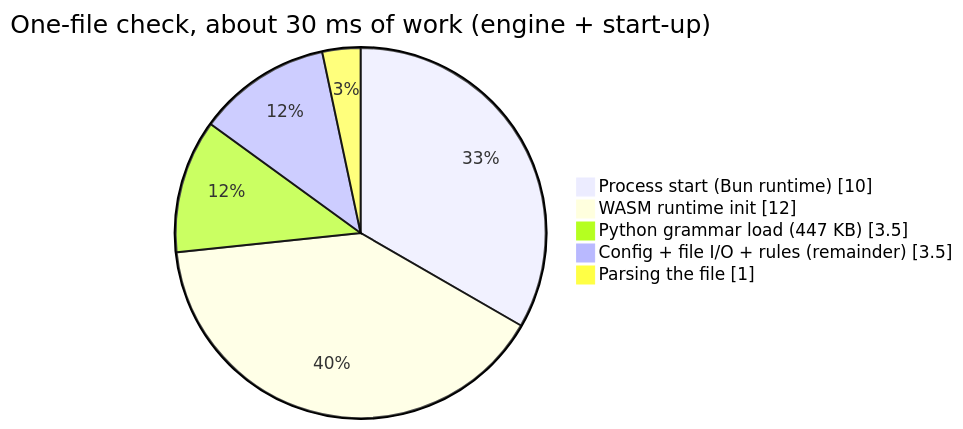
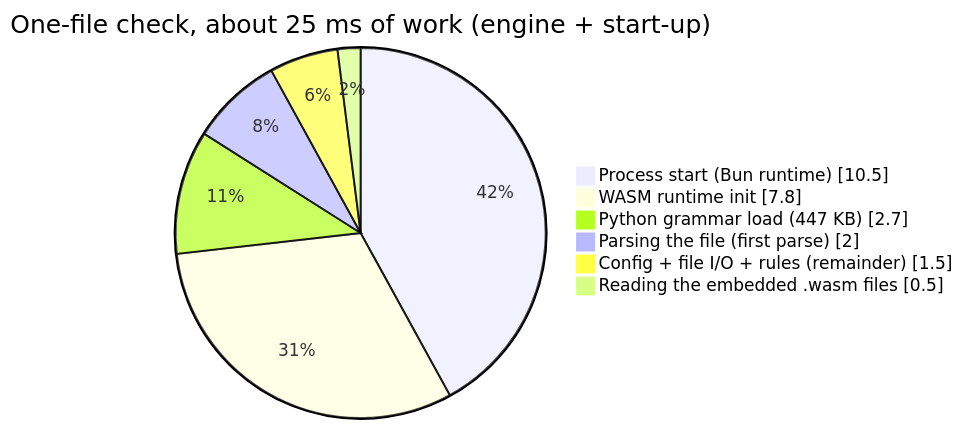
The diagram in docs/chapters/06-Constraints-and-Quality.md (SirCypkowskyy/inwards), drawn with Mermaid before and after one commit. The commit also changed other lines of this file and 2 other files, not shown here.

First line of the commit message:
perf: compile the binaries with bytecode to halve start-up

````diff
--- a/docs/chapters/06-Constraints-and-Quality.md
+++ b/docs/chapters/06-Constraints-and-Quality.md
@@ -70,9 +93,10 @@
 ```mermaid
 pie showData
-    title One-file check, about 30 ms of work (engine + start-up)
-    "Process start (Bun runtime)" : 10
-    "WASM runtime init" : 12
-    "Python grammar load (447 KB)" : 3.5
-    "Config + file I/O + rules (remainder)" : 3.5
-    "Parsing the file" : 1
+    title One-file check, about 25 ms of work (engine + start-up)
+    "Process start (Bun runtime)" : 10.5
+    "WASM runtime init" : 7.8
+    "Python grammar load (447 KB)" : 2.7
+    "Parsing the file (first parse)" : 2
+    "Config + file I/O + rules (remainder)" : 1.5
+    "Reading the embedded .wasm files" : 0.5
 ```
````
